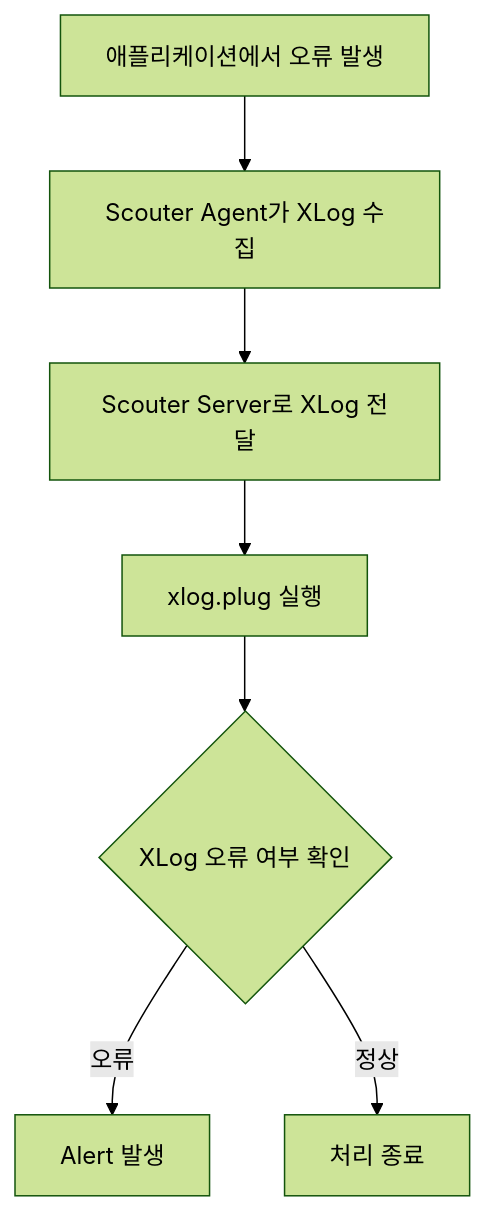
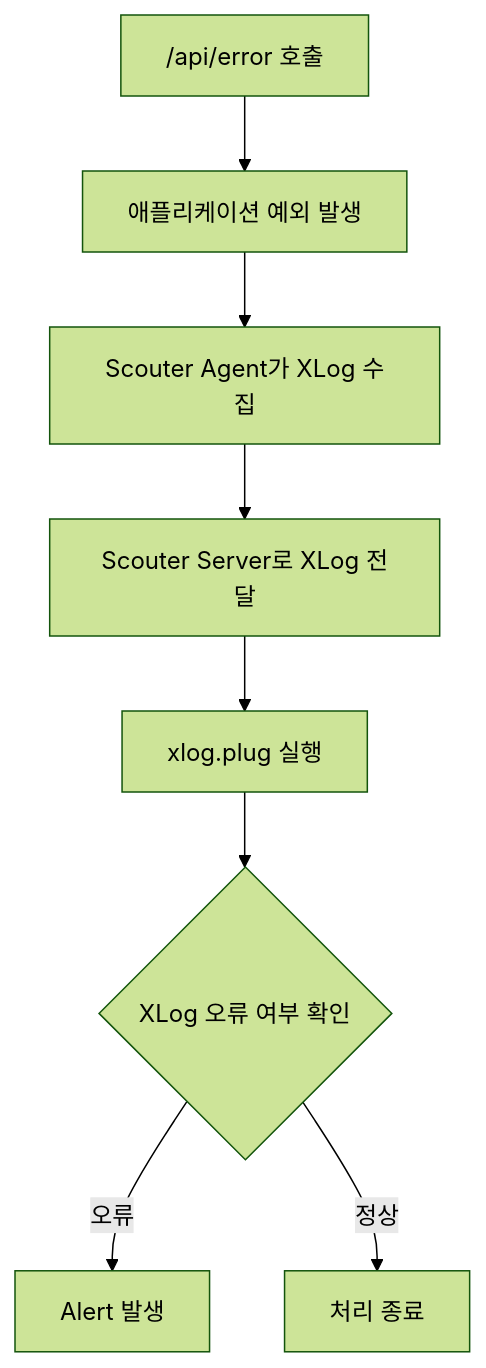
Before and after one commit to sanghoon-lee/sanghoon-lee.github.io: the first of 2 diagrams in _posts/2026-08-31-paygerduty6.md, drawn with Mermaid (forest theme). The commit also changed other lines of this file and 4 other files, not shown here.

````diff
--- a/_posts/2026-08-31-paygerduty6.md
+++ b/_posts/2026-08-31-paygerduty6.md
@@ -86,9 +89,10 @@
 ```mermaid
 flowchart TD
-    A["애플리케이션에서 오류 발생"] --> B["Scouter Agent가 XLog 수집"]
-    B --> C["Scouter Server로 XLog 전달"]
-    C --> D["xlog.plug 실행"]
-    D --> E{"XLog 오류 여부 확인"}
-    E -->|오류| F["Alert 발생"]
-    E -->|정상| G["처리 종료"]
+    A["/api/error 호출"] --> B["애플리케이션 예외 발생"]
+    B --> C["Scouter Agent가 XLog 수집"]
+    C --> D["Scouter Server로 XLog 전달"]
+    D --> E["xlog.plug 실행"]
+    E --> F{"XLog 오류 여부 확인"}
+    F -->|오류| G["Alert 발생"]
+    F -->|정상| H["처리 종료"]
 ```
````
